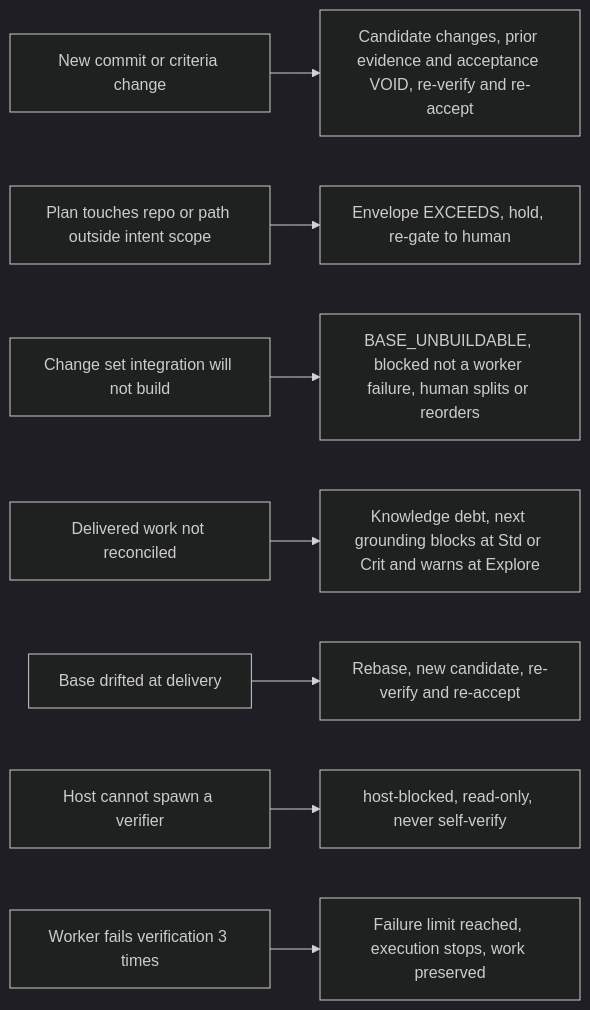
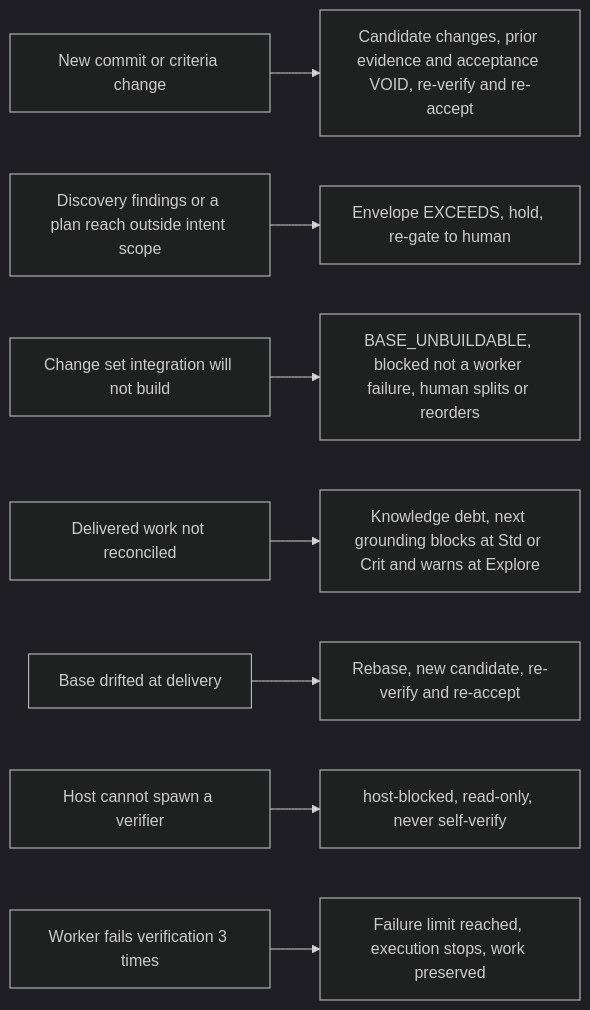
One commit to kaotypr/context-circuit-source changed the sixth of 7 diagrams in sources/context-circuit-v1.0/diagrams.md. Above: the diagram before and after it, drawn with Mermaid (dark theme). The commit also changed other lines of this file and 22 other files, not shown here.

````diff
--- a/sources/context-circuit-v1.0/diagrams.md
+++ b/sources/context-circuit-v1.0/diagrams.md
@@ -132,10 +151,10 @@
 ```mermaid
 flowchart LR
     C1[New commit or criteria change] --> C1b[Candidate changes, prior evidence and acceptance VOID, re-verify and re-accept]
-    C2[Plan touches repo or path outside intent scope] --> C2b[Envelope EXCEEDS, hold, re-gate to human]
+    C2[Discovery findings or a plan reach outside intent scope] --> C2b[Envelope EXCEEDS, hold, re-gate to human]
     C3[Change set integration will not build] --> C3b[BASE_UNBUILDABLE, blocked not a worker failure, human splits or reorders]
     C4[Delivered work not reconciled] --> C4b[Knowledge debt, next grounding blocks at Std or Crit and warns at Explore]
     C5[Base drifted at delivery] --> C5b[Rebase, new candidate, re-verify and re-accept]
     C6[Host cannot spawn a verifier] --> C6b[host-blocked, read-only, never self-verify]
     C7[Worker fails verification 3 times] --> C7b[Failure limit reached, execution stops, work preserved]
 ```
````
